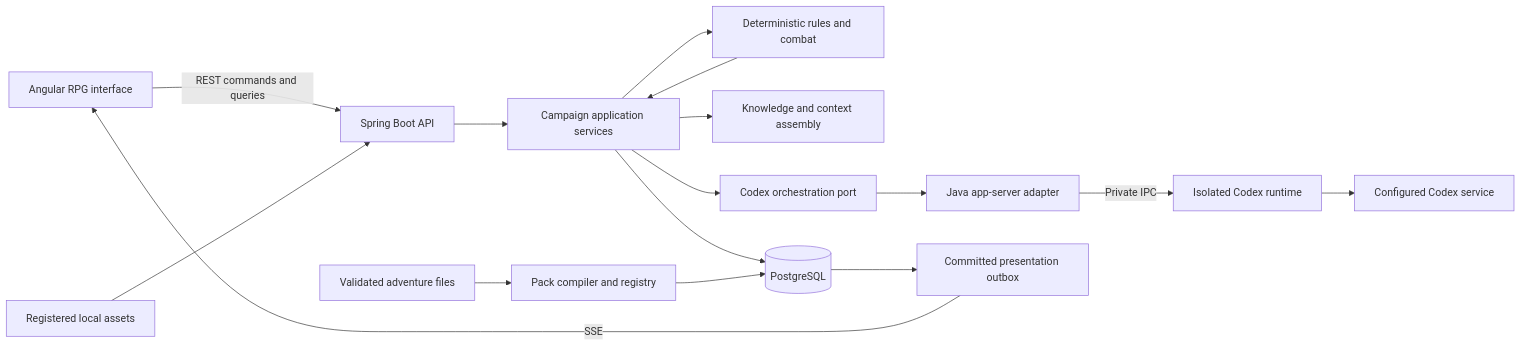
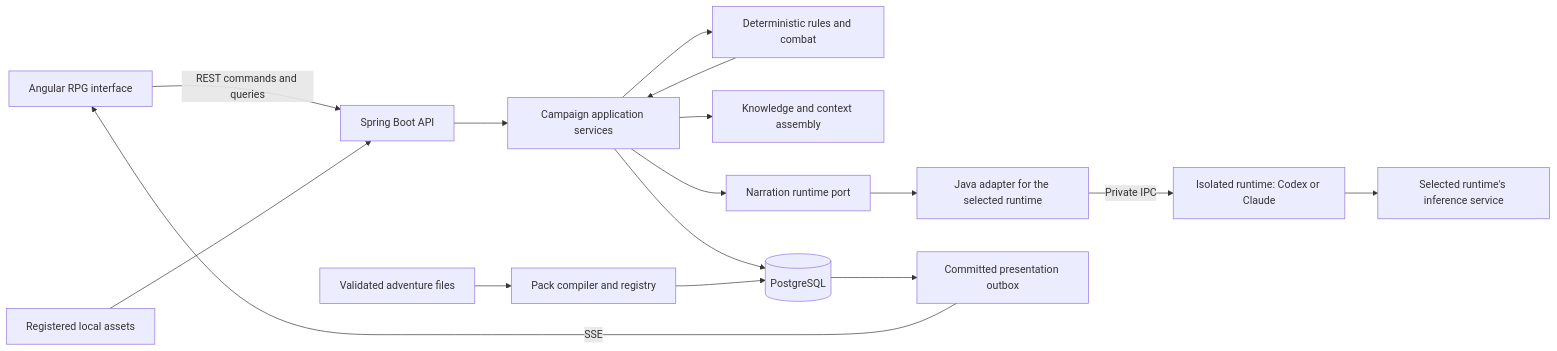
One commit to AjimuZ/ai-rpg-engine changed the diagram in docs/04-architecture.md. Above: the diagram before and after it, drawn with Mermaid. The commit also changed other lines of this file and 22 other files, not shown here.

````diff
--- a/docs/04-architecture.md
+++ b/docs/04-architecture.md
@@ -9,18 +9,18 @@
 ```mermaid
 flowchart LR
     UI[Angular RPG interface] -->|REST commands and queries| API[Spring Boot API]
     API --> APP[Campaign application services]
     APP --> RULES[Deterministic rules and combat]
     APP --> MEMORY[Knowledge and context assembly]
-    APP --> AI[Codex orchestration port]
-    AI --> BRIDGE[Java app-server adapter]
-    BRIDGE -->|Private IPC| CODEX[Isolated Codex runtime]
-    CODEX --> SERVICE[Configured Codex service]
+    APP --> AI[Narration runtime port]
+    AI --> BRIDGE[Java adapter for the selected runtime]
+    BRIDGE -->|Private IPC| CODEX[Isolated runtime: Codex or Claude]
+    CODEX --> SERVICE[Selected runtime's inference service]
     APP --> DB[(PostgreSQL)]
     RULES --> APP
     DB --> OUTBOX[Committed presentation outbox]
     OUTBOX -->|SSE| UI
     PACK[Validated adventure files] --> IMPORT[Pack compiler and registry]
     IMPORT --> DB
     ASSETS[Registered local assets] --> API
 ```
````
